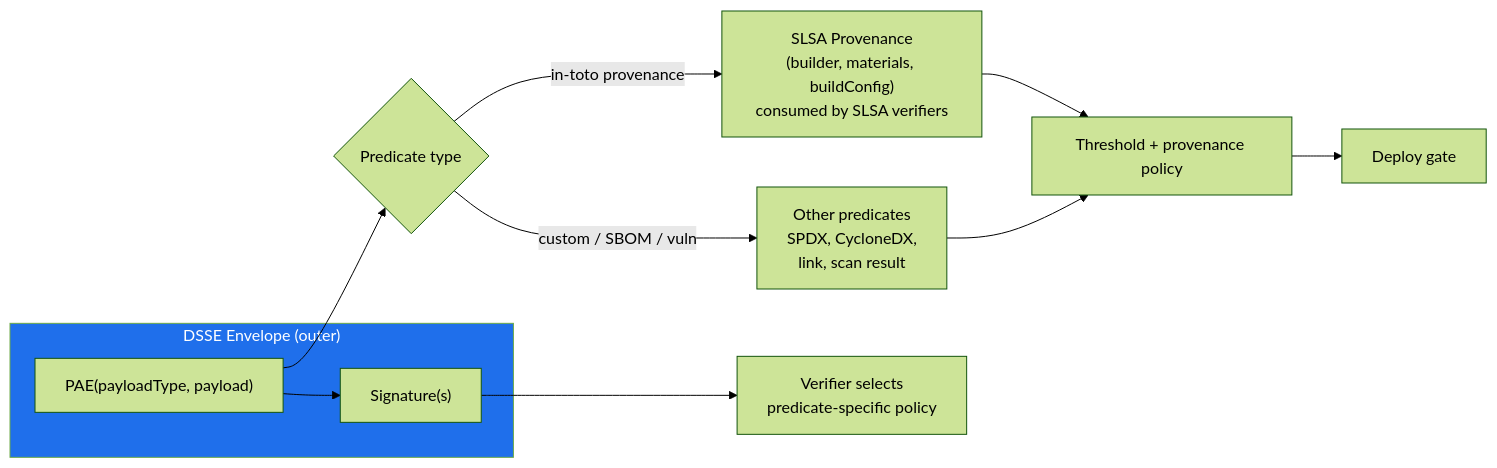
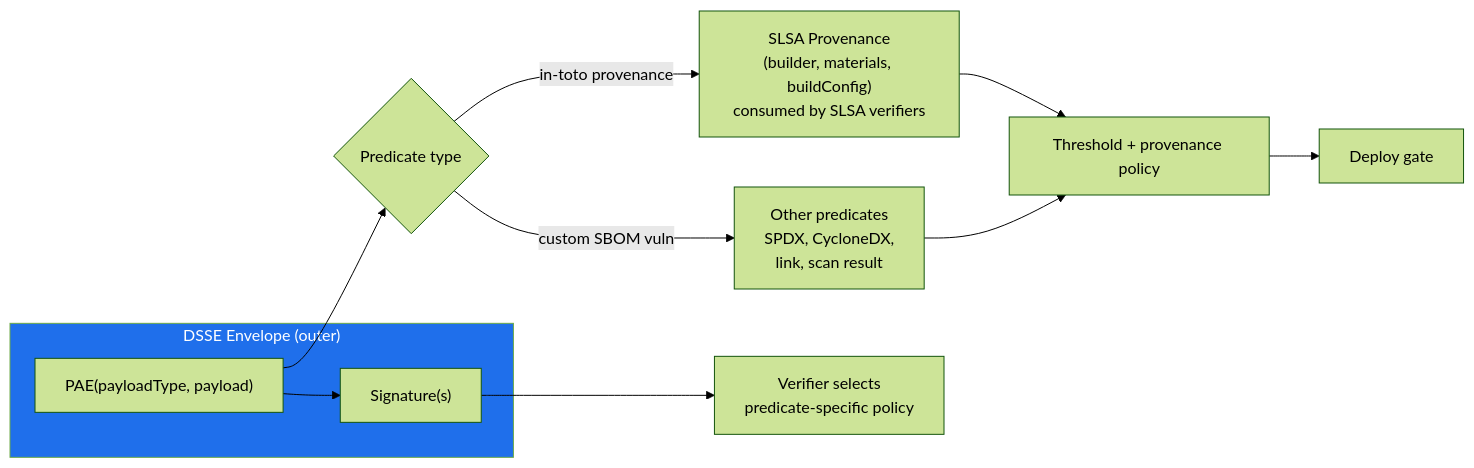
One commit to bumbsclaw/textbooks changed the eighth of 8 diagrams in book-05-signing-attestation/ch06-in-toto.md. Above: the diagram before and after it, drawn with Mermaid (forest theme). The commit also changed other lines of this file and 173 other files, not shown here.

First line of the commit message:
fix(mermaid): close note brackets, semicolons in Notes, stateDiagram br -> dash, edge parens

````diff
--- a/book-05-signing-attestation/ch06-in-toto.md
+++ b/book-05-signing-attestation/ch06-in-toto.md
@@ -639,14 +639,14 @@
 ```mermaid
 flowchart LR
   subgraph ST["DSSE Envelope (outer)"]
     PAY["PAE(payloadType, payload)"] --> SIG["Signature(s)"]
   end
   PAY --> KIND{"Predicate type"}
   KIND -->|in-toto provenance| SLSA["SLSA Provenance<br/>(builder, materials, buildConfig)<br/>consumed by SLSA verifiers"]
-  KIND -->|custom / SBOM / vuln| OTHER["Other predicates<br/>SPDX, CycloneDX,<br/>link, scan result"]
+  KIND -->|custom SBOM vuln| OTHER["Other predicates<br/>SPDX, CycloneDX,<br/>link, scan result"]
   SIG --> VER["Verifier selects<br/>predicate-specific policy"]
   SLSA --> POL["Threshold + provenance policy"]
   OTHER --> POL
   POL --> GATE["Deploy gate"]
   style ST fill:#1f6feb,color:#fff
 ```
````
